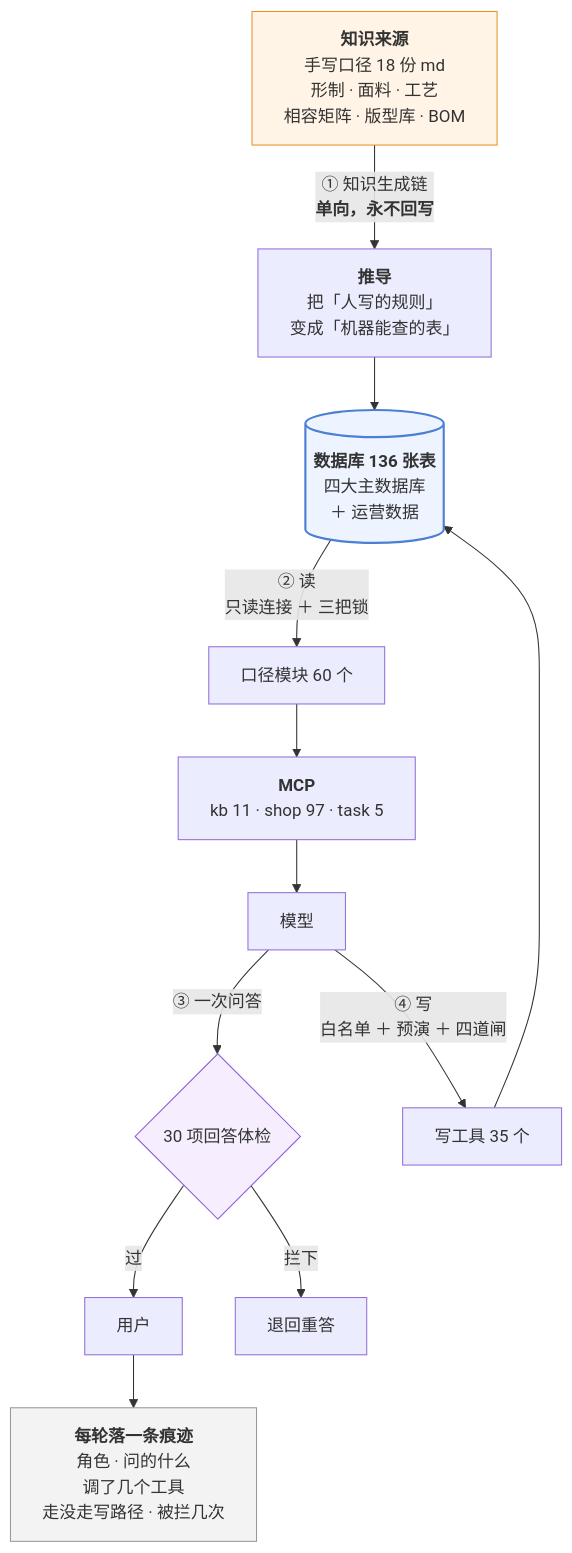
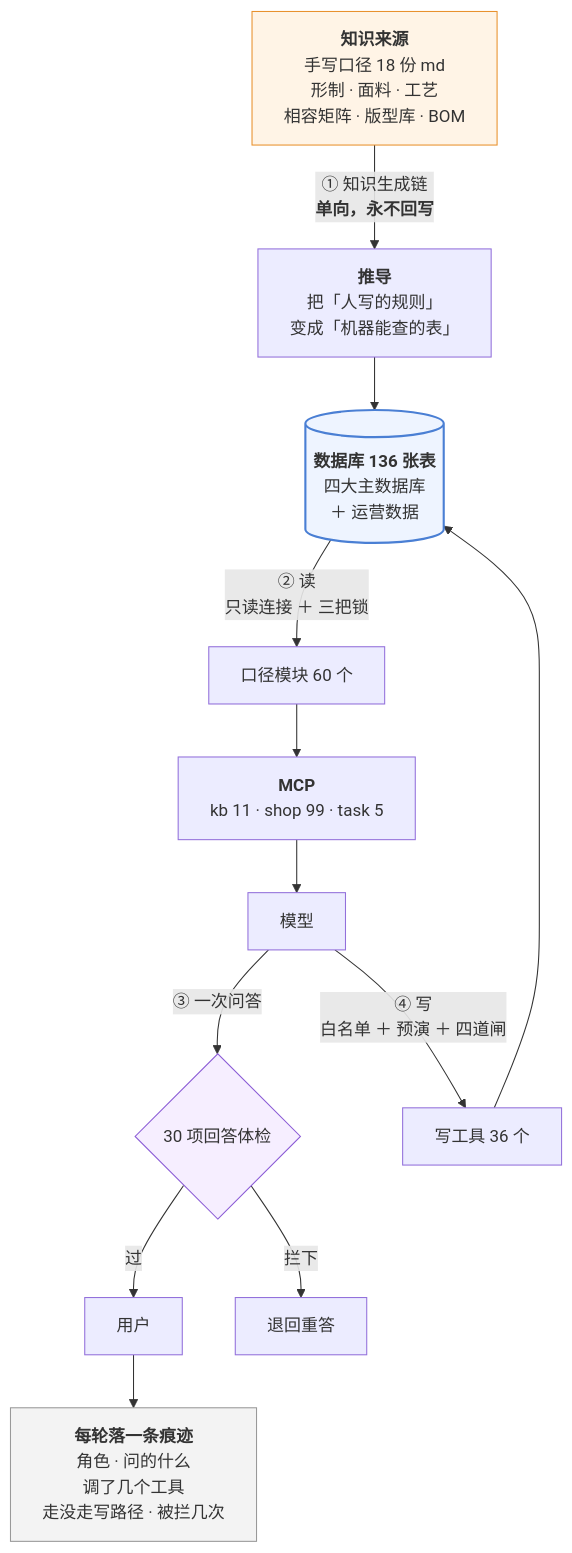
Before and after one commit to 843773296-rgb/lanxiu-yunshang-agent: the third of 3 diagrams in 澜绣云裳agent-产品说明.md, drawn with Mermaid. The commit also changed other lines of this file and 21 other files, not shown here.

````diff
--- a/澜绣云裳agent-产品说明.md
+++ b/澜绣云裳agent-产品说明.md
@@ -1157,24 +1159,24 @@
 ```mermaid
 flowchart TD
     MD["<b>知识来源</b><br/>手写口径 18 份 md<br/>形制 · 面料 · 工艺<br/>相容矩阵 · 版型库 · BOM"]
     MD -->|"① 知识生成链<br/><b>单向，永不回写</b>"| DV["<b>推导</b><br/>把「人写的规则」<br/>变成「机器能查的表」"]
     DV --> DB[("<b>数据库 136 张表</b><br/>四大主数据库<br/>＋ 运营数据")]
 
     DB -->|"② 读<br/>只读连接 ＋ 三把锁"| KJ["口径模块 60 个"]
-    KJ --> MCP["<b>MCP</b><br/>kb 11 · shop 97 · task 5"]
+    KJ --> MCP["<b>MCP</b><br/>kb 11 · shop 99 · task 5"]
     MCP --> LLM["模型"]
 
     LLM -->|"③ 一次问答"| GD{"30 项回答体检"}
     GD -- 过 --> U["用户"]
     GD -- 拦下 --> RE["退回重答"]
 
-    LLM -->|"④ 写<br/>白名单 ＋ 预演 ＋ 四道闸"| W["写工具 35 个"]
+    LLM -->|"④ 写<br/>白名单 ＋ 预演 ＋ 四道闸"| W["写工具 36 个"]
     W --> DB
 
     U --> TR["<b>每轮落一条痕迹</b><br/>角色 · 问的什么<br/>调了几个工具<br/>走没走写路径 · 被拦几次"]
 
     style MD fill:#fff4e6,stroke:#e8912d
     style DB fill:#eef4ff,stroke:#4a7fd4,stroke-width:2px
     style GD fill:#f6eeff,stroke:#8b5cd6
     style TR fill:#f3f3f3,stroke:#999
 ```
````
